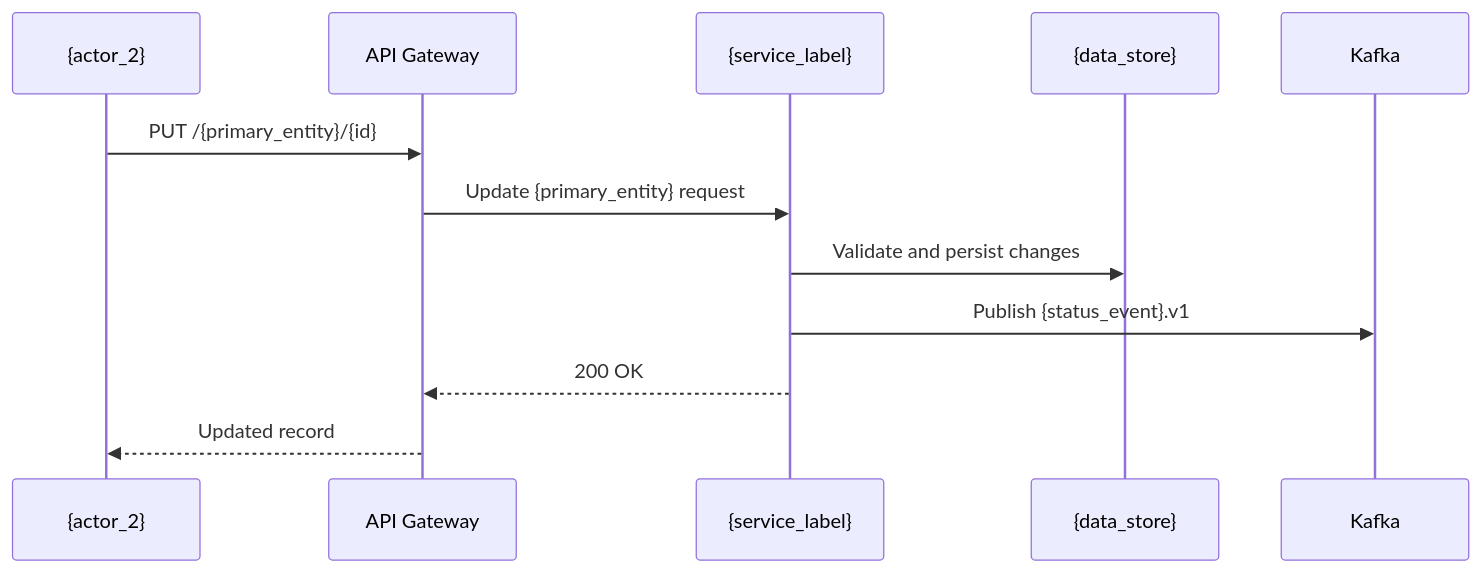
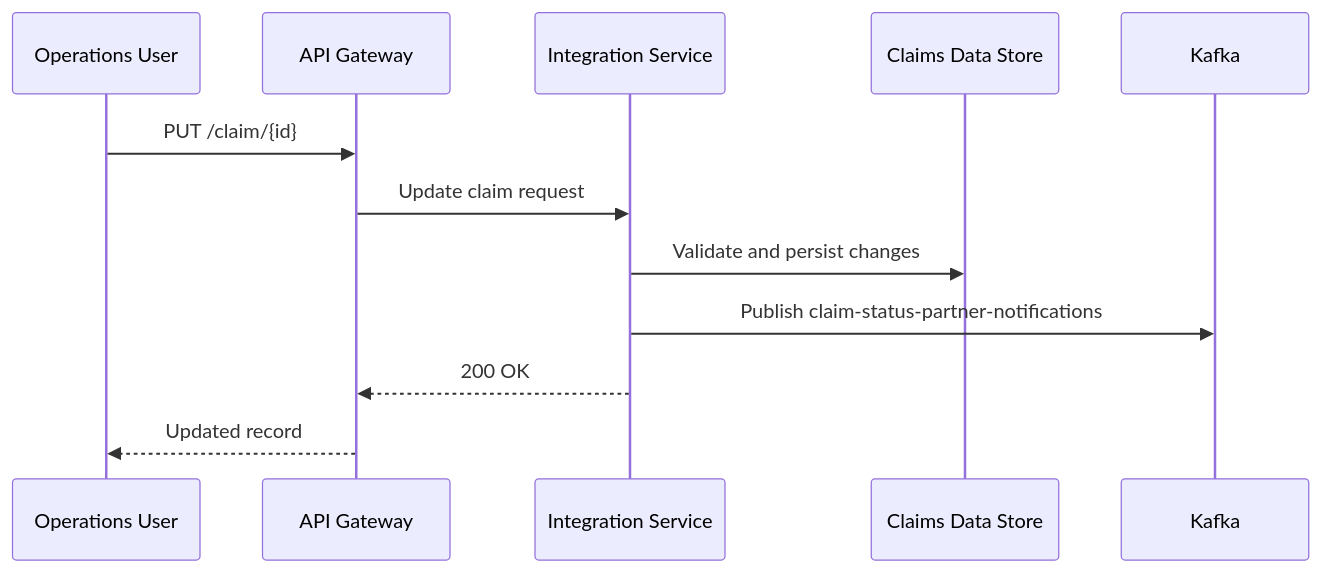
Before and after one commit to srinivma1/awesome-copilot: the third of 7 diagrams in HLD.md, drawn with Mermaid. The commit also changed other lines of this file, not shown here.

````diff
--- a/HLD.md
+++ b/HLD.md
@@ -558,14 +557,14 @@
 ```mermaid
 sequenceDiagram
-    participant UI as {actor_2}
+    participant UI as Operations User
     participant GW as API Gateway
-    participant S as {service_label}
-    participant DB as {data_store}
+    participant S as Integration Service
+    participant DB as Claims Data Store
     participant K as Kafka
-    UI->>GW: PUT /{primary_entity}/{id}
-    GW->>S: Update {primary_entity} request
+    UI->>GW: PUT /claim/{id}
+    GW->>S: Update claim request
     S->>DB: Validate and persist changes
-    S->>K: Publish {status_event}.v1
+    S->>K: Publish claim-status-partner-notifications
     S-->>GW: 200 OK
     GW-->>UI: Updated record
 ```
````
